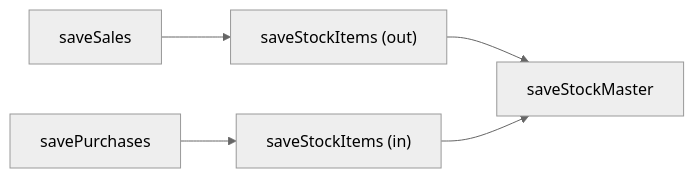
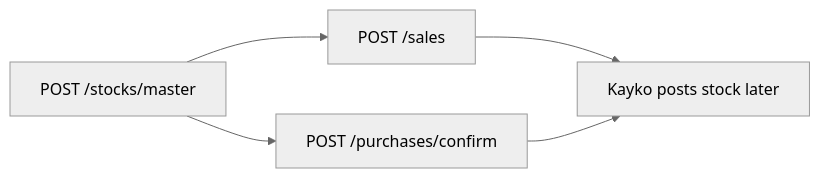
One commit to kaykorw/ebm_thirdparty_docs changed the diagram in calculations/stock-and-purchases.mdx. Above: the diagram before and after it, drawn with Mermaid (neutral theme). The commit also changed other lines of this file and 25 other files, not shown here.

````diff
--- a/calculations/stock-and-purchases.mdx
+++ b/calculations/stock-and-purchases.mdx
@@ -65,7 +33,7 @@
 ```mermaid
 flowchart LR
-    Sale["saveSales"] --> StockOut["saveStockItems (out)"]
-    StockOut --> Master["saveStockMaster"]
-    Purchase["savePurchases"] --> StockIn["saveStockItems (in)"]
-    StockIn --> Master
+    Master["POST /stocks/master"] --> Sale["POST /sales"]
+    Master --> Purchase["POST /purchases/confirm"]
+    Sale --> Auto["Kayko posts stock later"]
+    Purchase --> Auto
 ```
````
